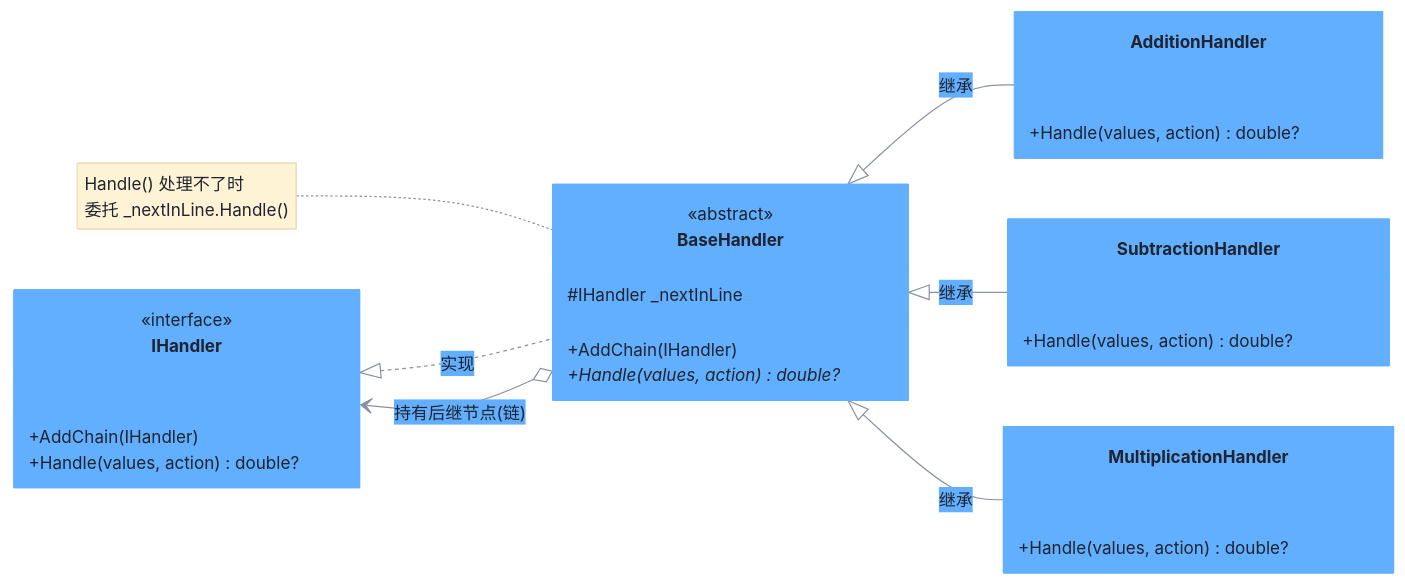
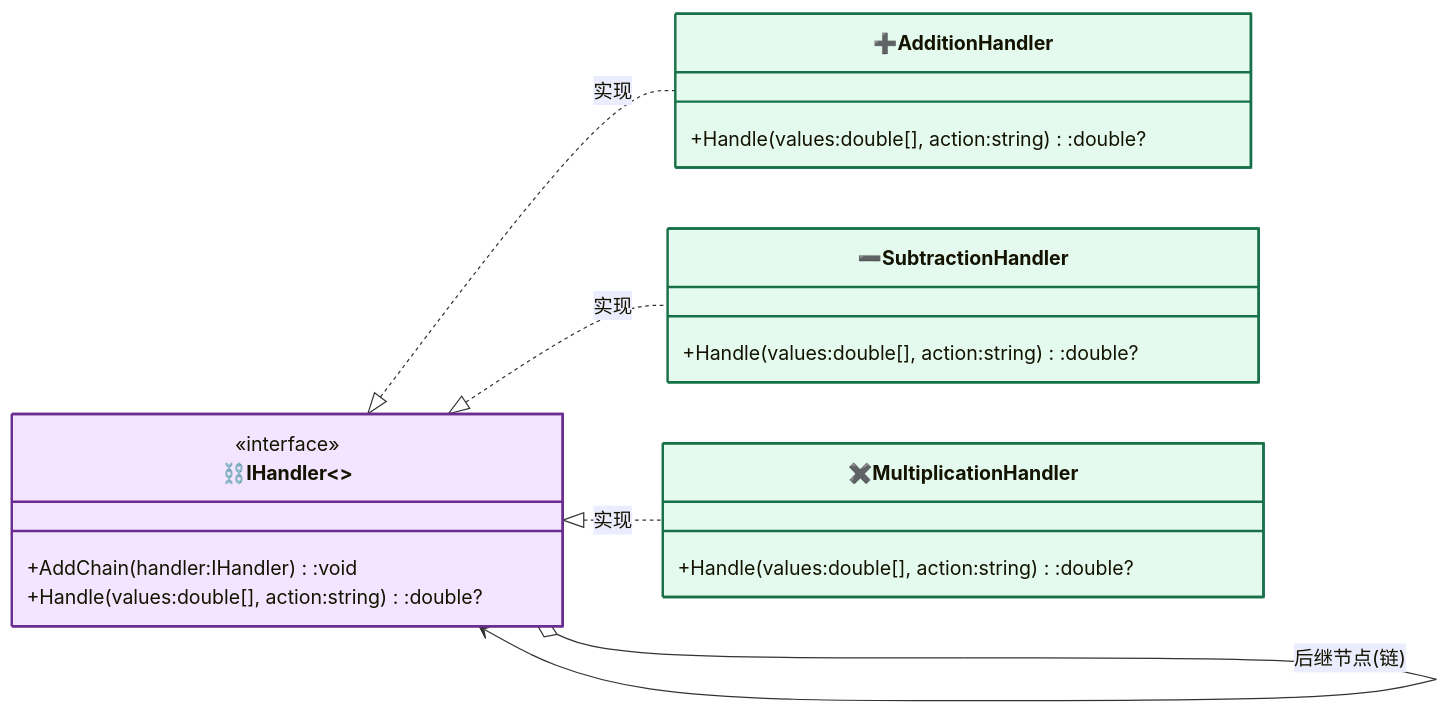
Before and after one commit to hollson/design_patterns: the diagram in ChainOfResponsibilityPattern/README.md, drawn with Mermaid. The commit also changed other lines of this file and 19 other files, not shown here.

Commit message:
docs: refactor mermaid diagrams to basic GoF model style for all 20 design patterns

````diff
--- a/ChainOfResponsibilityPattern/README.md
+++ b/ChainOfResponsibilityPattern/README.md
@@ -20,32 +31,29 @@
 ```mermaid
-%%{init: {"theme": "base", "themeVariables": {"primaryColor": "#61affe", "primaryTextColor": "#1f2430", "primaryBorderColor": "#61affe", "lineColor": "#8a919e", "secondaryColor": "#eaf2fb", "tertiaryColor": "#f5f7fa", "noteBkgColor": "#fff3d6", "noteTextColor": "#1f2430", "fontSize": "14px"}}}%%
+%%{init: {"classDiagram": {"useMarkdownLabels": true}} }%%
 classDiagram
     direction LR
-    class IHandler {
+
+    class Handler["⛓️IHandler<<interface>>"]:::strategyCls{
         <<interface>>
-        +AddChain(IHandler)
-        +Handle(values, action) double?
+        +AddChain(handler:IHandler):void
+        +Handle(values:double[], action:string):double?
     }
-    class BaseHandler {
-        <<abstract>>
-        #IHandler _nextInLine
-        +AddChain(IHandler)
-        +Handle(values, action)* double?
+    class AdditionHandler["➕AdditionHandler"]:::concreteCls{
+        +Handle(values:double[], action:string):double?
     }
-    class AdditionHandler {
-        +Handle(values, action) double?
+    class SubtractionHandler["➖SubtractionHandler"]:::concreteCls{
+        +Handle(values:double[], action:string):double?
     }
-    class SubtractionHandler {
-        +Handle(values, action) double?
-    }
-    class MultiplicationHandler {
-        +Handle(values, action) double?
+    class MultiplicationHandler["✖️MultiplicationHandler"]:::concreteCls{
+        +Handle(values:double[], action:string):double?
     }
 
-    IHandler <|.. BaseHandler : 实现
-    BaseHandler <|-- AdditionHandler : 继承
-    BaseHandler <|-- SubtractionHandler : 继承
-    BaseHandler <|-- MultiplicationHandler : 继承
-    BaseHandler o--> IHandler : 持有后继节点(链)
-    note for BaseHandler "Handle() 处理不了时<br/>委托 _nextInLine.Handle()"
+    Handler <|.. AdditionHandler : 实现
+    Handler <|.. SubtractionHandler : 实现
+    Handler <|.. MultiplicationHandler : 实现
+    Handler o--> Handler : 后继节点(链)
+
+    classDef contextCls fill:#fff3cd,stroke:#856404,stroke-width:2px
+    classDef strategyCls fill:#f3e5ff,stroke:#6b2d91,stroke-width:2px
+    classDef concreteCls fill:#e5faef,stroke:#177048,stroke-width:2px
 ```
````
